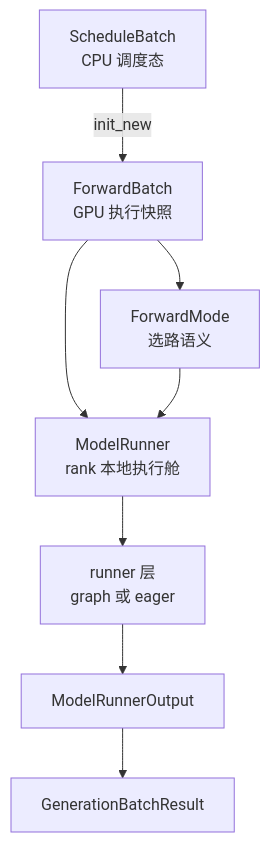
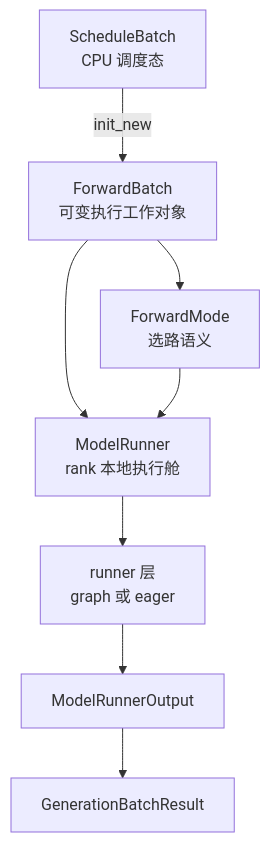
One commit to OnlyHero5/sglang-reading-vault changed the diagram in sglang_reading/模型执行/ModelRunner/SGLang-ModelRunner-核心概念.md. Above: the diagram before and after it, drawn with Mermaid. The commit also changed other lines of this file and 512 other files, not shown here.

````diff
--- a/sglang_reading/模型执行/ModelRunner/SGLang-ModelRunner-核心概念.md
+++ b/sglang_reading/模型执行/ModelRunner/SGLang-ModelRunner-核心概念.md
@@ -22,16 +22,16 @@
 ```mermaid
 flowchart TD
   SB["ScheduleBatch<br/>CPU 调度态"]
-  FB["ForwardBatch<br/>GPU 执行快照"]
+  FB["ForwardBatch<br/>可变执行工作对象"]
   FM["ForwardMode<br/>选路语义"]
   MR["ModelRunner<br/>rank 本地执行舱"]
   RG["runner 层<br/>graph 或 eager"]
   OUT["ModelRunnerOutput"]
   GBR["GenerationBatchResult"]
 
   SB -->|"init_new"| FB
   FB --> FM
   FB --> MR
   FM --> MR
   MR --> RG --> OUT --> GBR
 ```
````
